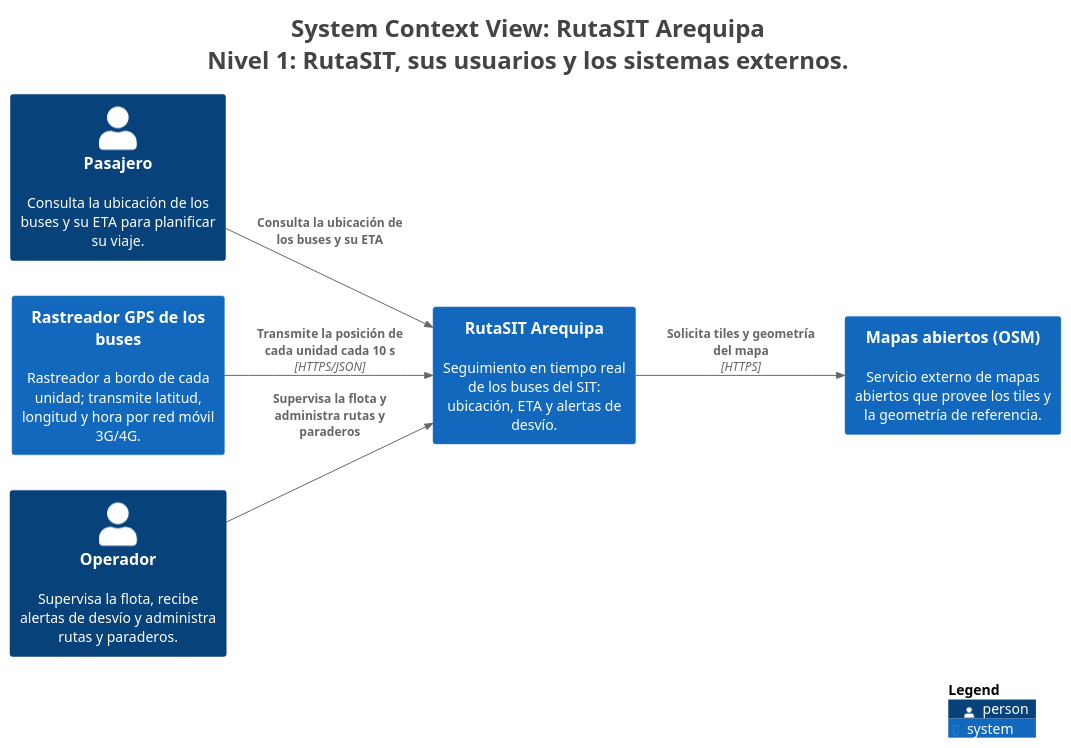
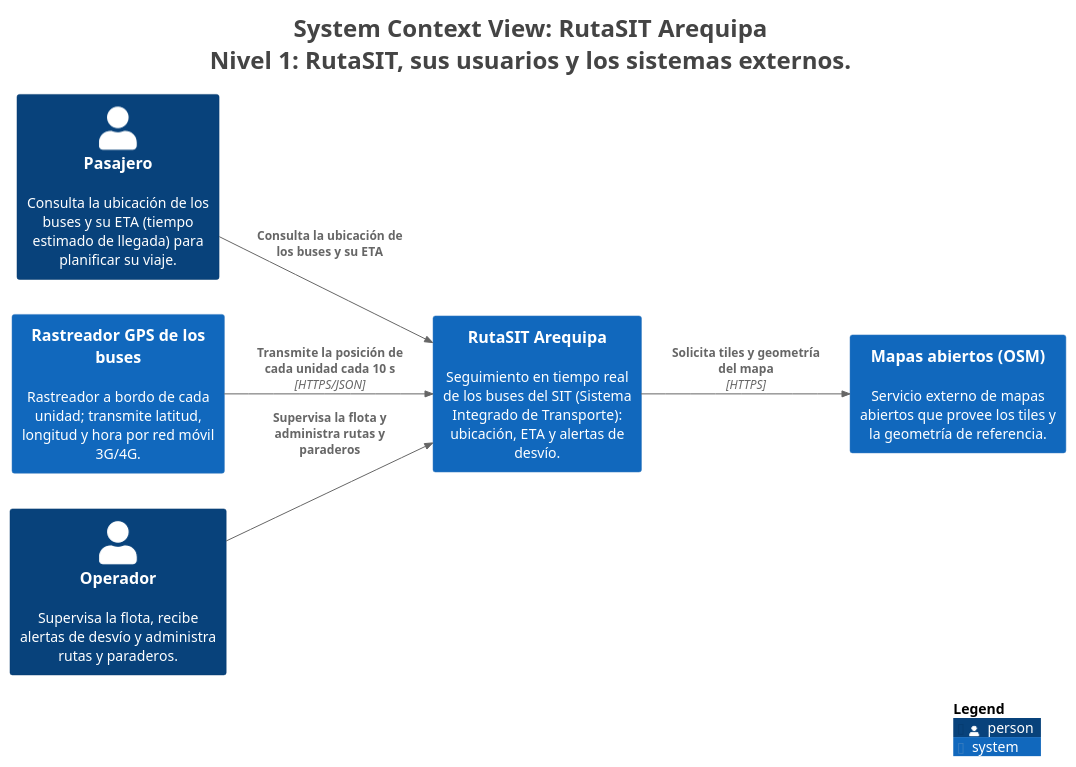
Before and after one commit to F4brici0L4yme/cs-2026b-lab04-grupo-b: the diagram in lab06/docs/architecture/c4/export/structurizr-Contexto.puml, drawn with PlantUML. The commit also changed 18 other files, not shown here.

```diff
--- a/lab06/docs/architecture/c4/export/structurizr-Contexto.puml
+++ b/lab06/docs/architecture/c4/export/structurizr-Contexto.puml
@@ -1,30 +1,30 @@
 @startuml
 title <size:24>System Context View: RutaSIT Arequipa</size>\n<size:24>Nivel 1: RutaSIT, sus usuarios y los sistemas externos.</size>
 
 set separator none
 left to right direction
 
 <style>
   root {
     BackgroundColor: #ffffff
     FontColor: #444444
   }
 </style>
 
 !include <C4/C4>
 !include <C4/C4_Context>
 
-Person(Pasajero, "Pasajero", $descr="Consulta la ubicación de los buses y su ETA para planificar su viaje.", $tags="", $link="")
+Person(Pasajero, "Pasajero", $descr="Consulta la ubicación de los buses y su ETA (tiempo estimado de llegada) para planificar su viaje.", $tags="", $link="")
 System(RastreadorGPSdelosbuses, "Rastreador GPS de los buses", $descr="Rastreador a bordo de cada unidad; transmite latitud, longitud y hora por red móvil 3G/4G.", $tags="", $link="")
 System(MapasabiertosOSM, "Mapas abiertos (OSM)", $descr="Servicio externo de mapas abiertos que provee los tiles y la geometría de referencia.", $tags="", $link="")
 Person(Operador, "Operador", $descr="Supervisa la flota, recibe alertas de desvío y administra rutas y paraderos.", $tags="", $link="")
-System(RutaSITArequipa, "RutaSIT Arequipa", $descr="Seguimiento en tiempo real de los buses del SIT: ubicación, ETA y alertas de desvío.", $tags="", $link="")
+System(RutaSITArequipa, "RutaSIT Arequipa", $descr="Seguimiento en tiempo real de los buses del SIT (Sistema Integrado de Transporte): ubicación, ETA y alertas de desvío.", $tags="", $link="")
 
 Rel(Pasajero, RutaSITArequipa, "Consulta la ubicación de los buses y su ETA", $techn="", $tags="", $link="")
 Rel(Operador, RutaSITArequipa, "Supervisa la flota y administra rutas y paraderos", $techn="", $tags="", $link="")
 Rel(RastreadorGPSdelosbuses, RutaSITArequipa, "Transmite la posición de cada unidad cada 10 s", $techn="HTTPS/JSON", $tags="", $link="")
 Rel(RutaSITArequipa, MapasabiertosOSM, "Solicita tiles y geometría del mapa", $techn="HTTPS", $tags="", $link="")
 
 SHOW_LEGEND(true)
 hide stereotypes
 @enduml
```
